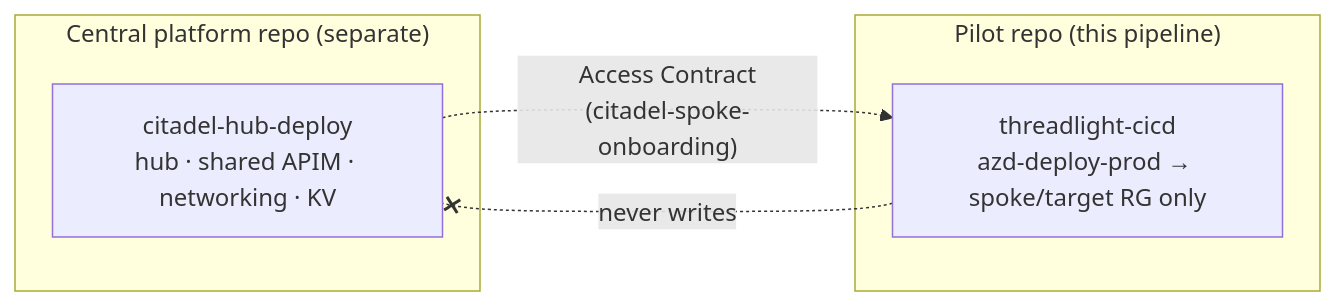
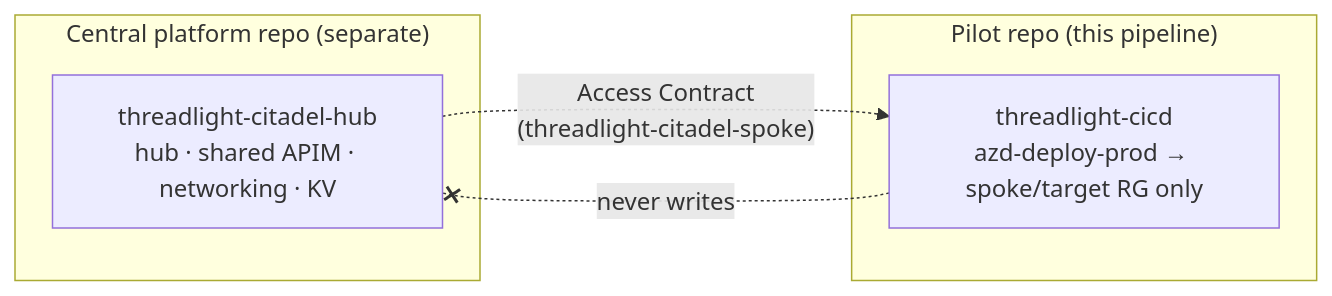
The diagram in skills/threadlight-cicd/SKILL.md (aiappsgbb/threadlight-skills), drawn with Mermaid before and after one commit. The commit also changed other lines of this file and 238 other files, not shown here.

````diff
--- a/skills/threadlight-cicd/SKILL.md
+++ b/skills/threadlight-cicd/SKILL.md
@@ -93,11 +93,11 @@
 ```mermaid
 flowchart LR
   subgraph central["Central platform repo (separate)"]
-    HUB["citadel-hub-deploy<br/>hub · shared APIM · networking · KV"]
+    HUB["threadlight-citadel-hub<br/>hub · shared APIM · networking · KV"]
   end
   subgraph pilot["Pilot repo (this pipeline)"]
     PIPE["threadlight-cicd<br/>azd-deploy-prod → spoke/target RG only"]
   end
-  HUB -. "Access Contract<br/>(citadel-spoke-onboarding)" .-> PIPE
+  HUB -. "Access Contract<br/>(threadlight-citadel-spoke)" .-> PIPE
   PIPE -. "never writes" .-x HUB
 ```
````
